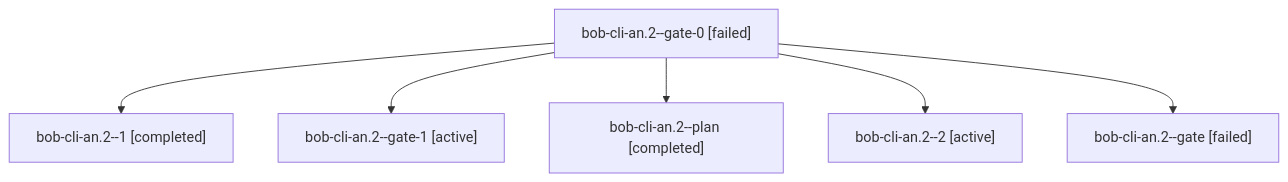
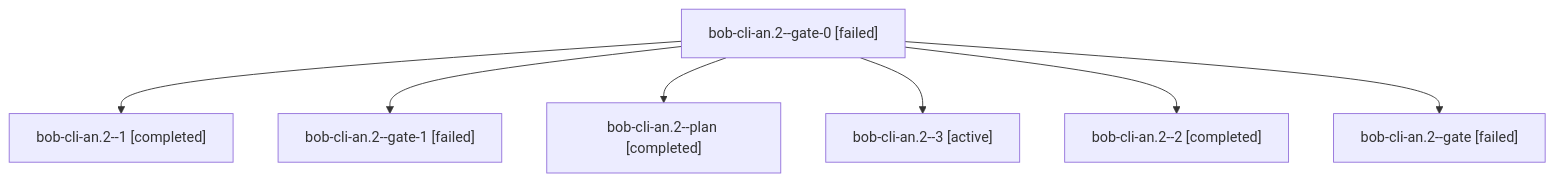
The diagram in sessions/bbugyi200.athena.bob-cli-an.2.md (bobs-org/bob-cli--agents), drawn with Mermaid before and after one commit. The commit also changed other lines of this file and 60 other files, not shown here.

````diff
--- a/sessions/bbugyi200.athena.bob-cli-an.2.md
+++ b/sessions/bbugyi200.athena.bob-cli-an.2.md
@@ -9,14 +9,16 @@
 ```mermaid
 flowchart TD
   n0["bob-cli-an.2--gate-0 [failed]"]
   n1["bob-cli-an.2--1 [completed]"]
   n0 --> n1
-  n2["bob-cli-an.2--gate-1 [active]"]
+  n2["bob-cli-an.2--gate-1 [failed]"]
   n0 --> n2
   n3["bob-cli-an.2--plan [completed]"]
   n0 --> n3
-  n4["bob-cli-an.2--2 [active]"]
+  n4["bob-cli-an.2--3 [active]"]
   n0 --> n4
-  n5["bob-cli-an.2--gate [failed]"]
+  n5["bob-cli-an.2--2 [completed]"]
   n0 --> n5
+  n6["bob-cli-an.2--gate [failed]"]
+  n0 --> n6
 ```
````
